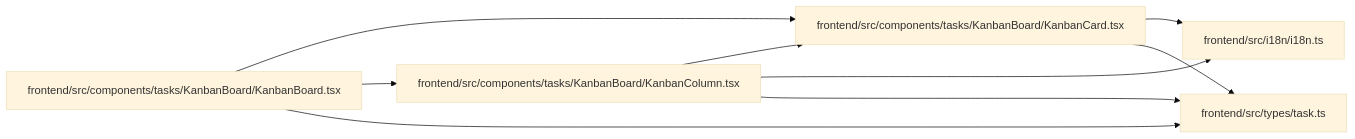
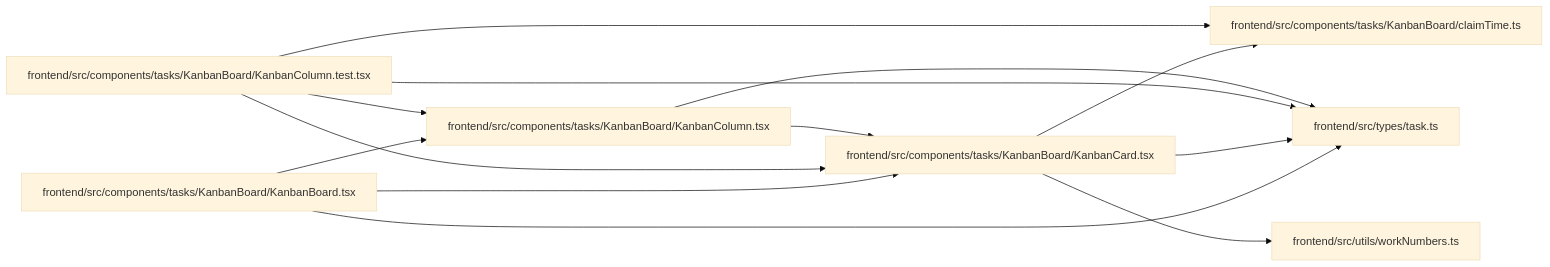
The diagram in docs/llm_wiki/modules/KanbanCard.md (Denissvgn/WorkChord), drawn with Mermaid (base theme) before and after one commit. The commit also changed other lines of this file and 296 other files, not shown here.

````diff
--- a/docs/llm_wiki/modules/KanbanCard.md
+++ b/docs/llm_wiki/modules/KanbanCard.md
@@ -33,21 +33,29 @@
 ```mermaid
 flowchart LR
-    n0["frontend/src/components/tasks/KanbanBoard/KanbanBoard.tsx"]
-    n1["frontend/src/components/tasks/KanbanBoard/KanbanCard.tsx"]
-    n2["frontend/src/components/tasks/KanbanBoard/KanbanColumn.tsx"]
-    n3["frontend/src/i18n/i18n.ts"]
-    n4["frontend/src/types/task.ts"]
-    n0 --> n1
-    n0 --> n2
-    n0 --> n4
-    n1 --> n3
+    n0["frontend/src/components/tasks/KanbanBoard/claimTime.ts"]
+    n1["frontend/src/components/tasks/KanbanBoard/KanbanBoard.tsx"]
+    n2["frontend/src/components/tasks/KanbanBoard/KanbanCard.tsx"]
+    n3["frontend/src/components/tasks/KanbanBoard/KanbanColumn.test.tsx"]
+    n4["frontend/src/components/tasks/KanbanBoard/KanbanColumn.tsx"]
+    n5["frontend/src/types/task.ts"]
+    n6["frontend/src/utils/workNumbers.ts"]
+    n1 --> n2
     n1 --> n4
-    n2 --> n1
-    n2 --> n3
-    n2 --> n4
-    click n0 "../modules/KanbanBoard.md"
-    click n1 "../modules/KanbanCard.md"
-    click n2 "../modules/KanbanColumn.md"
-    click n3 "../modules/i18n.md"
-    click n4 "../modules/types_task.md"
+    n1 --> n5
+    n2 --> n0
+    n2 --> n5
+    n2 --> n6
+    n3 --> n0
+    n3 --> n2
+    n3 --> n4
+    n3 --> n5
+    n4 --> n2
+    n4 --> n5
+    click n0 "../modules/claimTime.md"
+    click n1 "../modules/KanbanBoard.md"
+    click n2 "../modules/KanbanCard.md"
+    click n3 "../modules/KanbanColumn.test.md"
+    click n4 "../modules/KanbanColumn.md"
+    click n5 "../modules/types_task.md"
+    click n6 "../modules/workNumbers.md"
 ```
````
